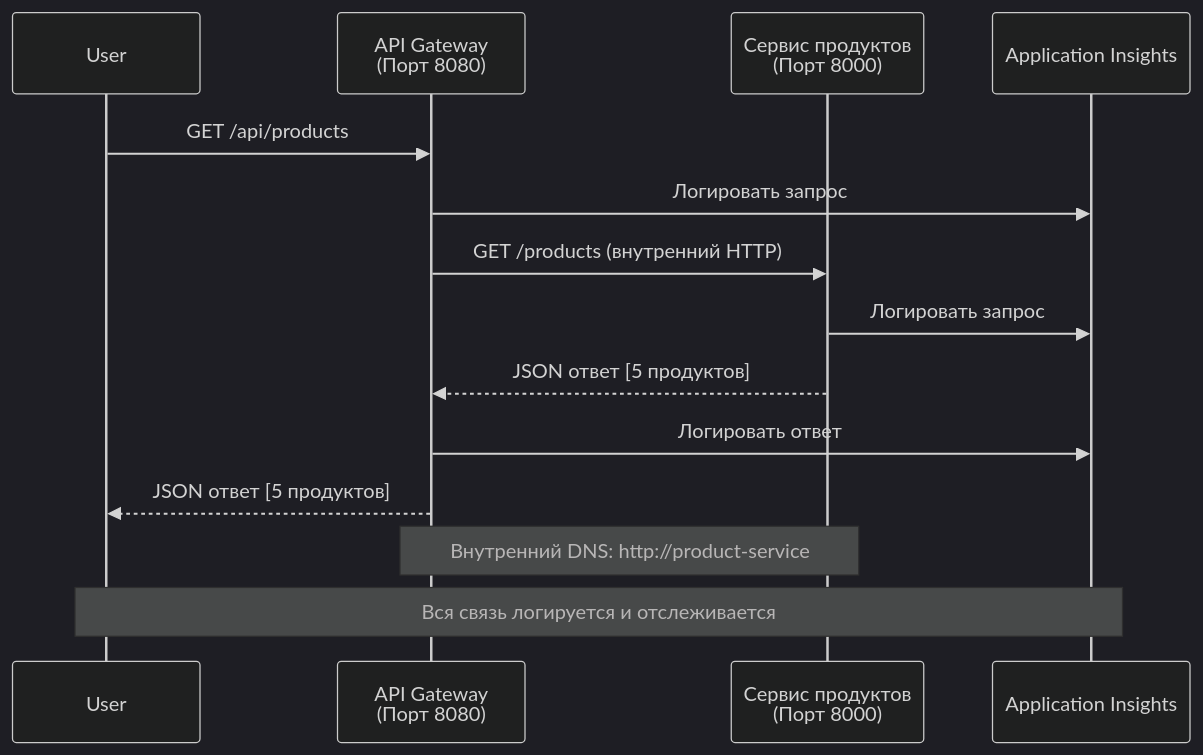
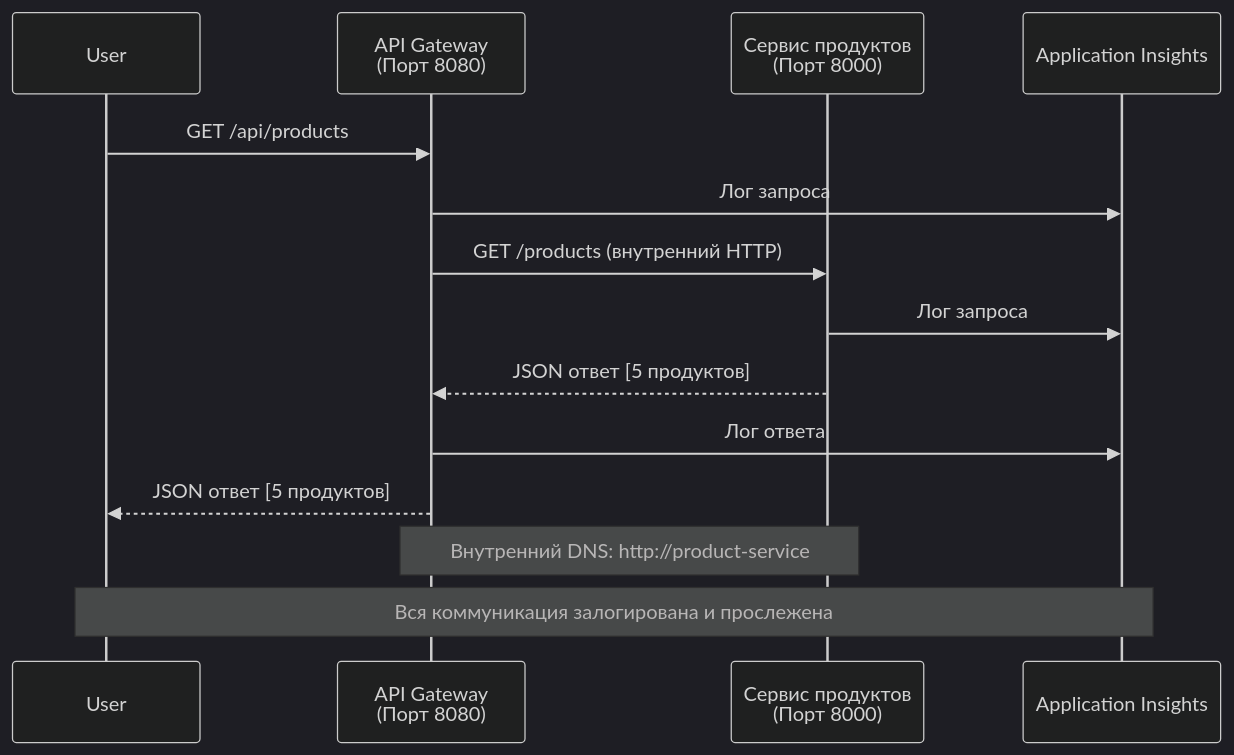
One commit to microsoft/AZD-for-beginners changed the fourth of 4 diagrams in translations/ru/examples/microservices/README.md. Above: the diagram before and after it, drawn with Mermaid (dark theme). The commit also changed other lines of this file and 242 other files, not shown here.

````diff
--- a/translations/ru/examples/microservices/README.md
+++ b/translations/ru/examples/microservices/README.md
@@ -432,18 +423,18 @@
 ```mermaid
 sequenceDiagram
     participant User
     participant Gateway as API Gateway<br/>(Порт 8080)
     participant Product as Сервис продуктов<br/>(Порт 8000)
     participant AI as Application Insights
     
     User->>Gateway: GET /api/products
-    Gateway->>AI: Логировать запрос
+    Gateway->>AI: Лог запроса
     Gateway->>Product: GET /products (внутренний HTTP)
-    Product->>AI: Логировать запрос
+    Product->>AI: Лог запроса
     Product-->>Gateway: JSON ответ [5 продуктов]
-    Gateway->>AI: Логировать ответ
+    Gateway->>AI: Лог ответа
     Gateway-->>User: JSON ответ [5 продуктов]
     
     Note over Gateway,Product: Внутренний DNS: http://product-service
-    Note over User,AI: Вся связь логируется и отслеживается
+    Note over User,AI: Вся коммуникация залогирована и прослежена
 ```
````
